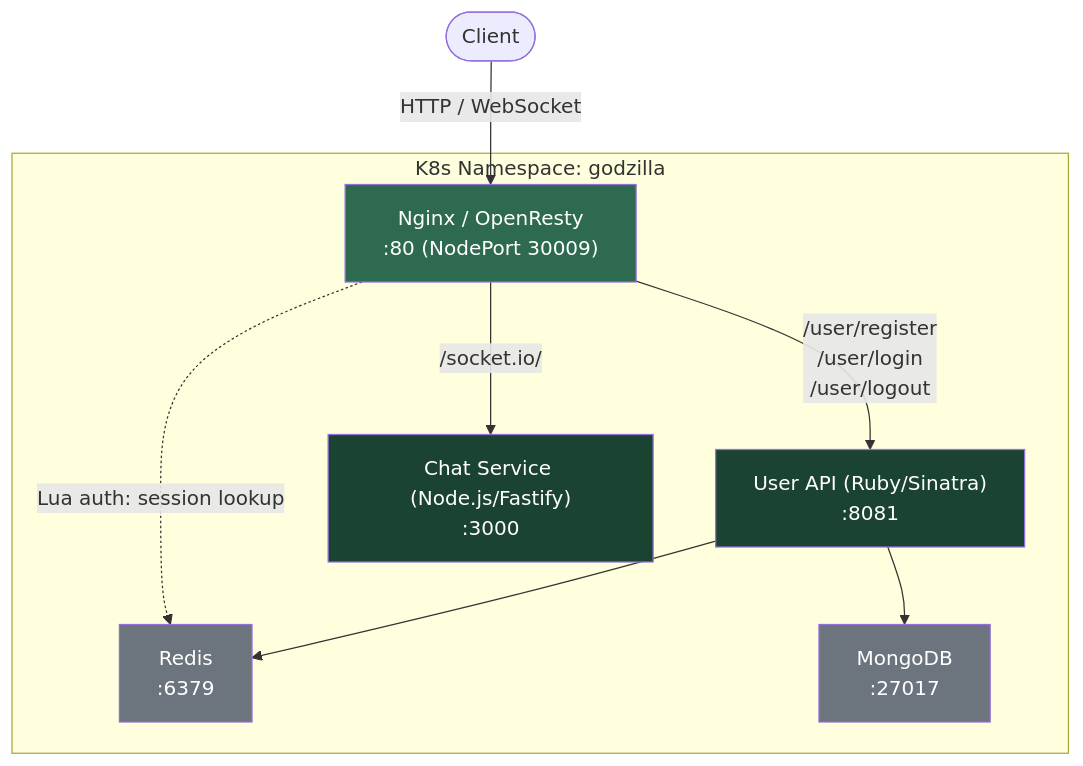
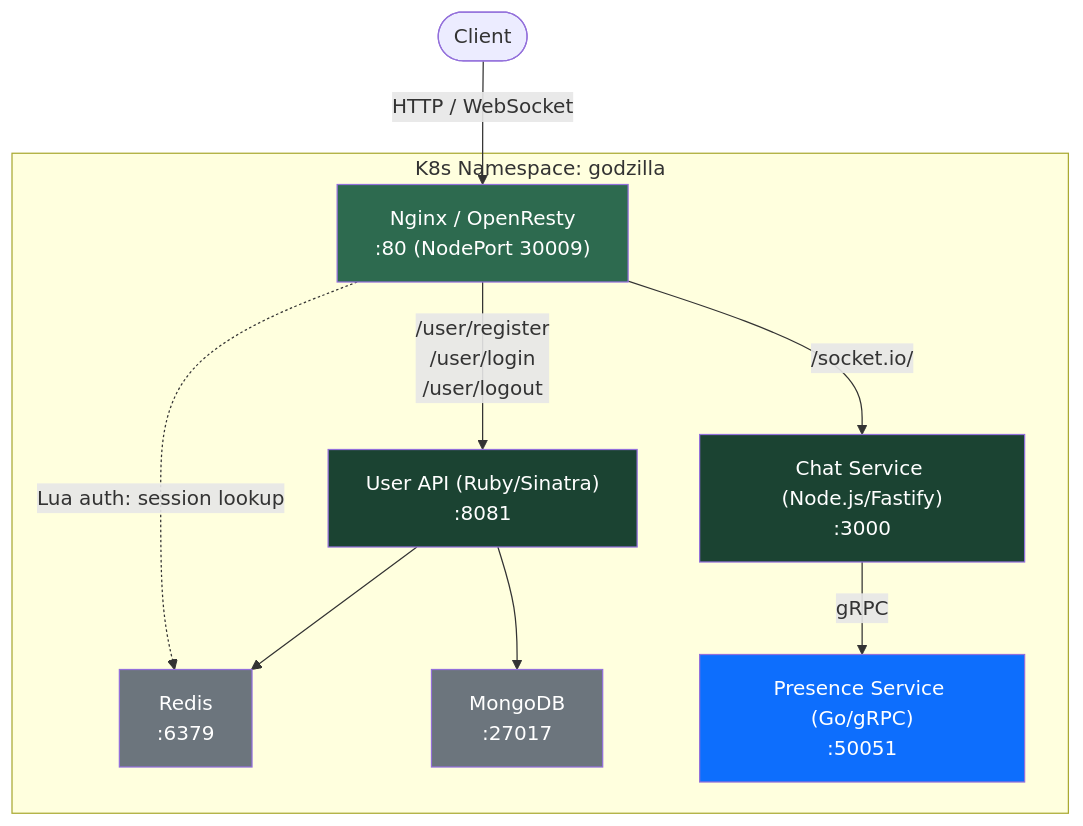
The first of 2 diagrams in README.md (adrienschuler/godzilla), drawn with Mermaid before and after one commit. The commit also changed other lines of this file and 1 other file, not shown here.

````diff
--- a/README.md
+++ b/README.md
@@ -34,21 +34,23 @@
 ```mermaid
 graph TD
     Client([Client]) -->|HTTP / WebSocket| Gateway
 
     subgraph K8s Namespace: godzilla
         Gateway["Nginx / OpenResty<br>:80 (NodePort 30009)"]
 
         Gateway -->|/user/register<br>/user/login<br>/user/logout| UserAPI["User API (Ruby/Sinatra)<br>:8081"]
         Gateway -->|/socket.io/| Chat["Chat Service (Node.js/Fastify)<br>:3000"]
         Gateway -.->|Lua auth: session lookup| Redis
 
         UserAPI --> MongoDB["MongoDB<br>:27017"]
         UserAPI --> Redis["Redis<br>:6379"]
+        Chat -->|gRPC| Presence["Presence Service (Go/gRPC)<br>:50051"]
     end
 
     style Gateway fill:#2d6a4f,color:#fff
     style UserAPI fill:#1b4332,color:#fff
     style Chat fill:#1b4332,color:#fff
+    style Presence fill:#0d6efd,color:#fff
     style MongoDB fill:#6c757d,color:#fff
     style Redis fill:#6c757d,color:#fff
 ```
````
